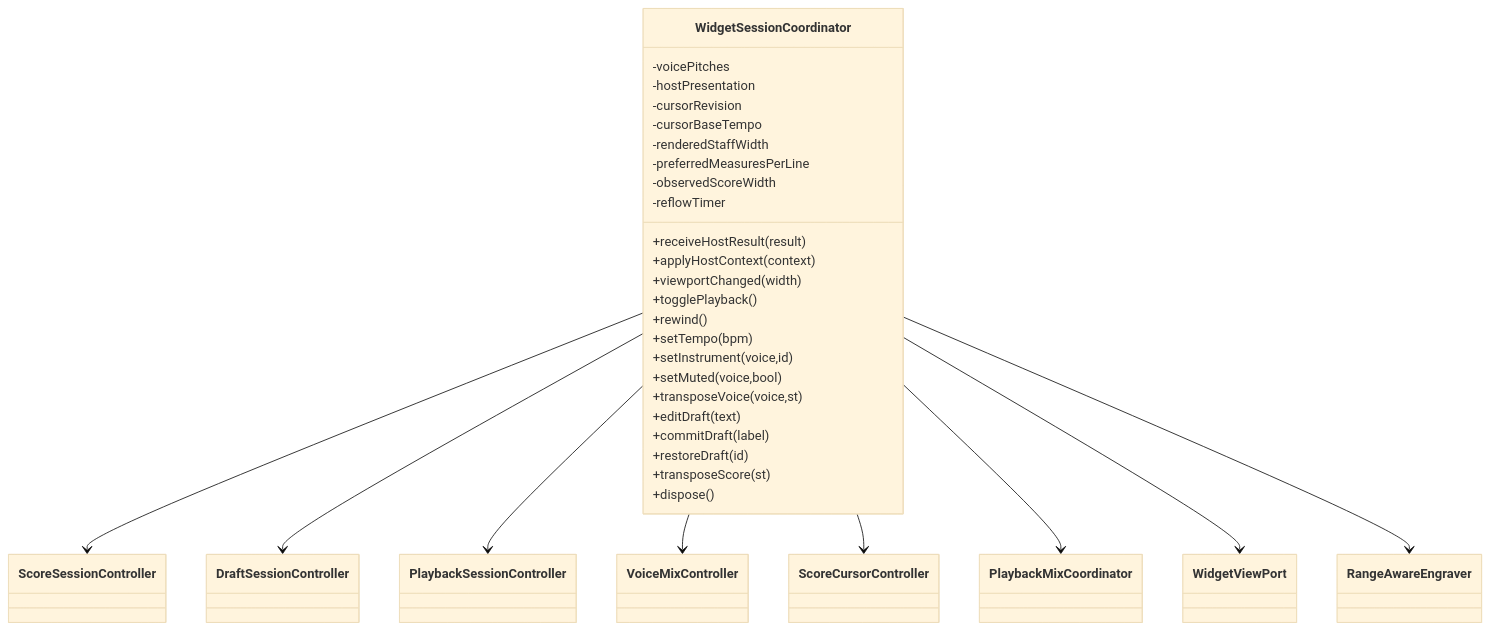
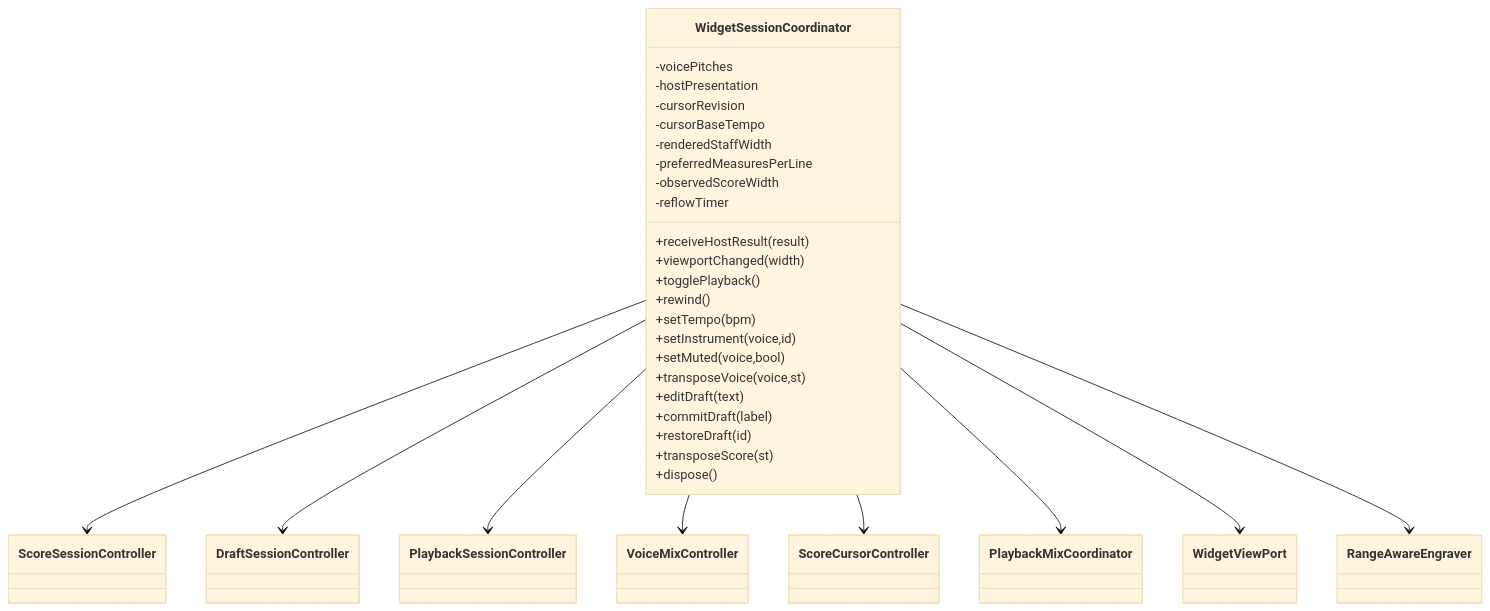
One commit to R3Neer/abcoda changed the first of 2 diagrams in docs/architecture/work/ARCH-02-widget-session-coordinator.md. Above: the diagram before and after it, drawn with Mermaid (base theme). The commit also changed other lines of this file, not shown here.

````diff
--- a/docs/architecture/work/ARCH-02-widget-session-coordinator.md
+++ b/docs/architecture/work/ARCH-02-widget-session-coordinator.md
@@ -44,44 +44,43 @@
 ```mermaid
 classDiagram
     class WidgetSessionCoordinator {
       -voicePitches
       -hostPresentation
       -cursorRevision
       -cursorBaseTempo
       -renderedStaffWidth
       -preferredMeasuresPerLine
       -observedScoreWidth
       -reflowTimer
       +receiveHostResult(result)
-      +applyHostContext(context)
       +viewportChanged(width)
       +togglePlayback()
       +rewind()
       +setTempo(bpm)
       +setInstrument(voice,id)
       +setMuted(voice,bool)
       +transposeVoice(voice,st)
       +editDraft(text)
       +commitDraft(label)
       +restoreDraft(id)
       +transposeScore(st)
       +dispose()
     }
     class ScoreSessionController
     class DraftSessionController
     class PlaybackSessionController
     class VoiceMixController
     class ScoreCursorController
     class PlaybackMixCoordinator
     class WidgetViewPort
     class RangeAwareEngraver
 
     WidgetSessionCoordinator --> ScoreSessionController
     WidgetSessionCoordinator --> DraftSessionController
     WidgetSessionCoordinator --> PlaybackSessionController
     WidgetSessionCoordinator --> VoiceMixController
     WidgetSessionCoordinator --> ScoreCursorController
     WidgetSessionCoordinator --> PlaybackMixCoordinator
     WidgetSessionCoordinator --> WidgetViewPort
     WidgetSessionCoordinator --> RangeAwareEngraver
 ```
````
